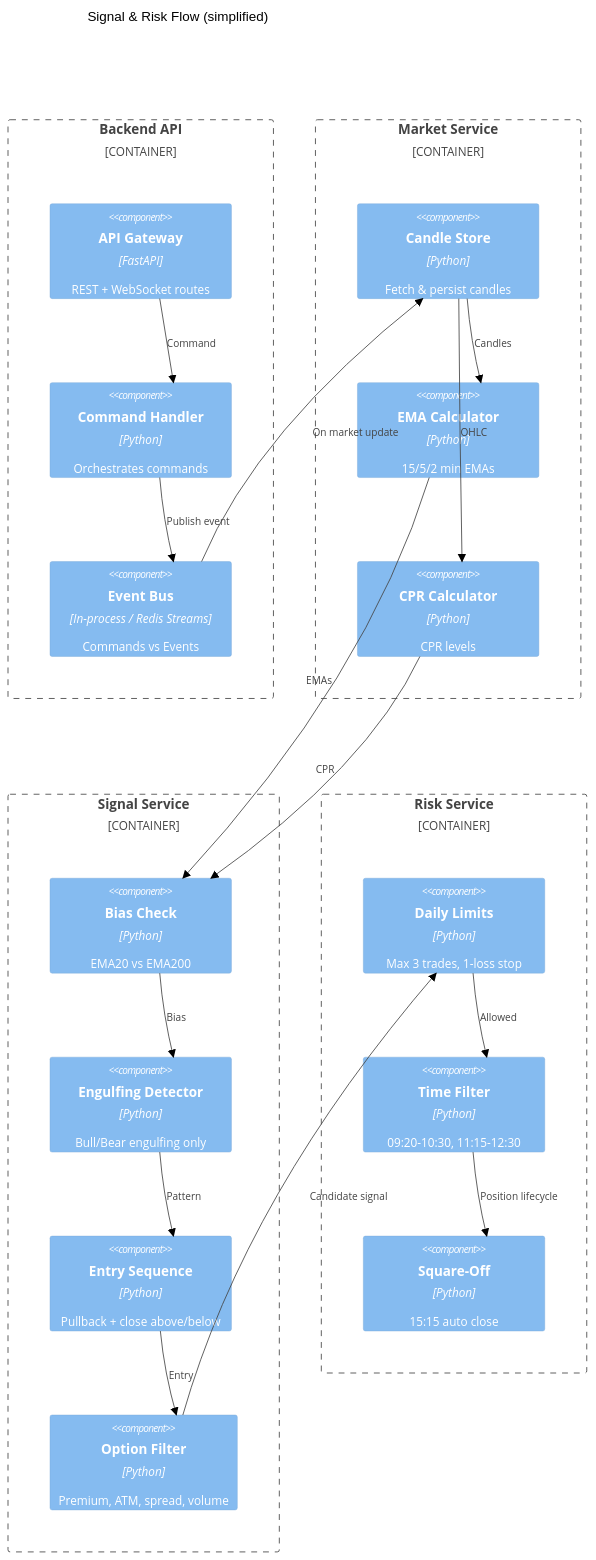
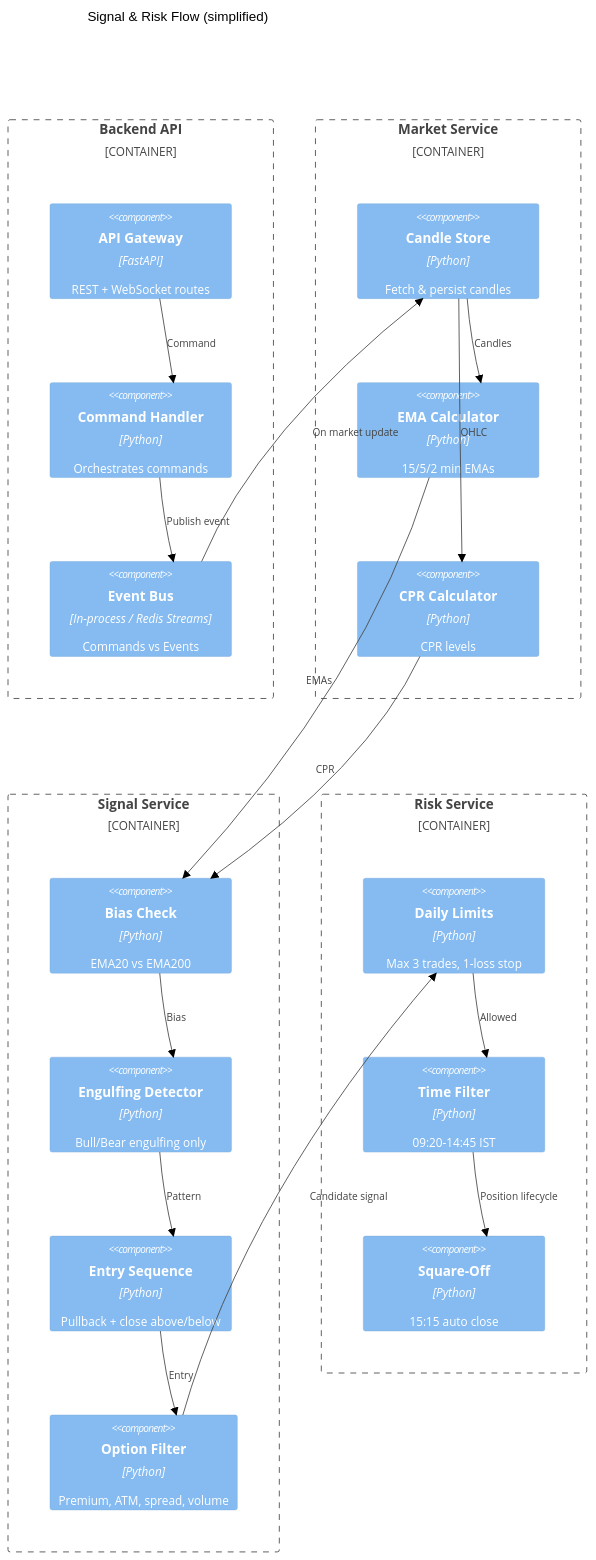
Before and after one commit to srinivasdasari2023/Dasari-Algo-trading: the third of 4 diagrams in docs/ARCHITECTURE.md, drawn with Mermaid (neutral theme). The commit also changed 10 other files, not shown here.

````diff
--- a/docs/ARCHITECTURE.md
+++ b/docs/ARCHITECTURE.md
@@ -71,43 +71,43 @@
 ```mermaid
 C4Component
     title Signal & Risk Flow (simplified)
 
     Container_Boundary(api, "Backend API") {
         Component(api_gw, "API Gateway", "FastAPI", "REST + WebSocket routes")
         Component(cmd_handler, "Command Handler", "Python", "Orchestrates commands")
         Component(evt_bus, "Event Bus", "In-process / Redis Streams", "Commands vs Events")
     }
 
     Container_Boundary(market_svc, "Market Service") {
         Component(candle_store, "Candle Store", "Python", "Fetch & persist candles")
         Component(ema_calc, "EMA Calculator", "Python", "15/5/2 min EMAs")
         Component(cpr_calc, "CPR Calculator", "Python", "CPR levels")
     }
 
     Container_Boundary(signal_svc, "Signal Service") {
         Component(bias_check, "Bias Check", "Python", "EMA20 vs EMA200")
         Component(engulf_detect, "Engulfing Detector", "Python", "Bull/Bear engulfing only")
         Component(entry_seq, "Entry Sequence", "Python", "Pullback + close above/below")
         Component(opt_filter, "Option Filter", "Python", "Premium, ATM, spread, volume")
     }
 
     Container_Boundary(risk_svc, "Risk Service") {
         Component(daily_limits, "Daily Limits", "Python", "Max 3 trades, 1-loss stop")
-        Component(time_filter, "Time Filter", "Python", "09:20-10:30, 11:15-12:30")
+        Component(time_filter, "Time Filter", "Python", "09:20-14:45 IST")
         Component(square_off, "Square-Off", "Python", "15:15 auto close")
     }
 
     Rel(api_gw, cmd_handler, "Command")
     Rel(cmd_handler, evt_bus, "Publish event")
     Rel(evt_bus, candle_store, "On market update")
     Rel(candle_store, ema_calc, "Candles")
     Rel(candle_store, cpr_calc, "OHLC")
     Rel(ema_calc, bias_check, "EMAs")
     Rel(cpr_calc, bias_check, "CPR")
     Rel(bias_check, engulf_detect, "Bias")
     Rel(engulf_detect, entry_seq, "Pattern")
     Rel(entry_seq, opt_filter, "Entry")
     Rel(opt_filter, daily_limits, "Candidate signal")
     Rel(daily_limits, time_filter, "Allowed")
     Rel(time_filter, square_off, "Position lifecycle")
 ```
````
